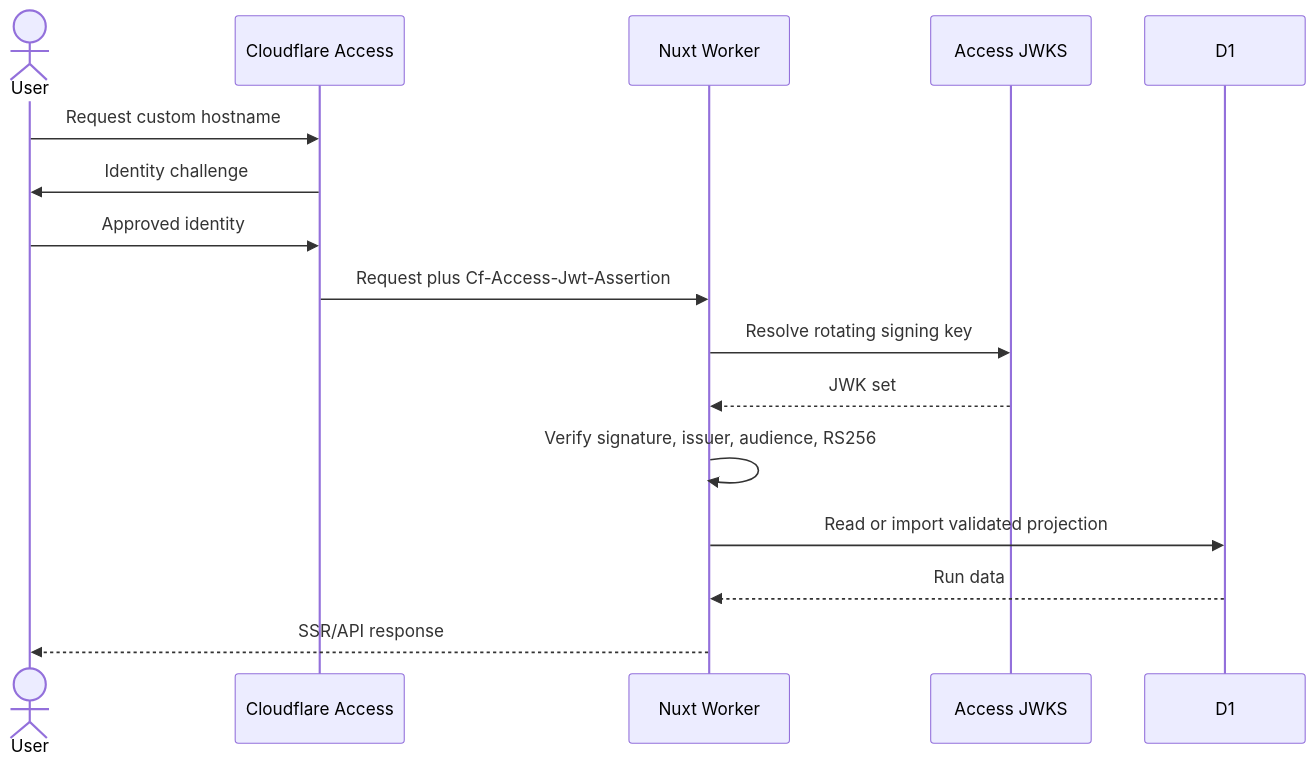
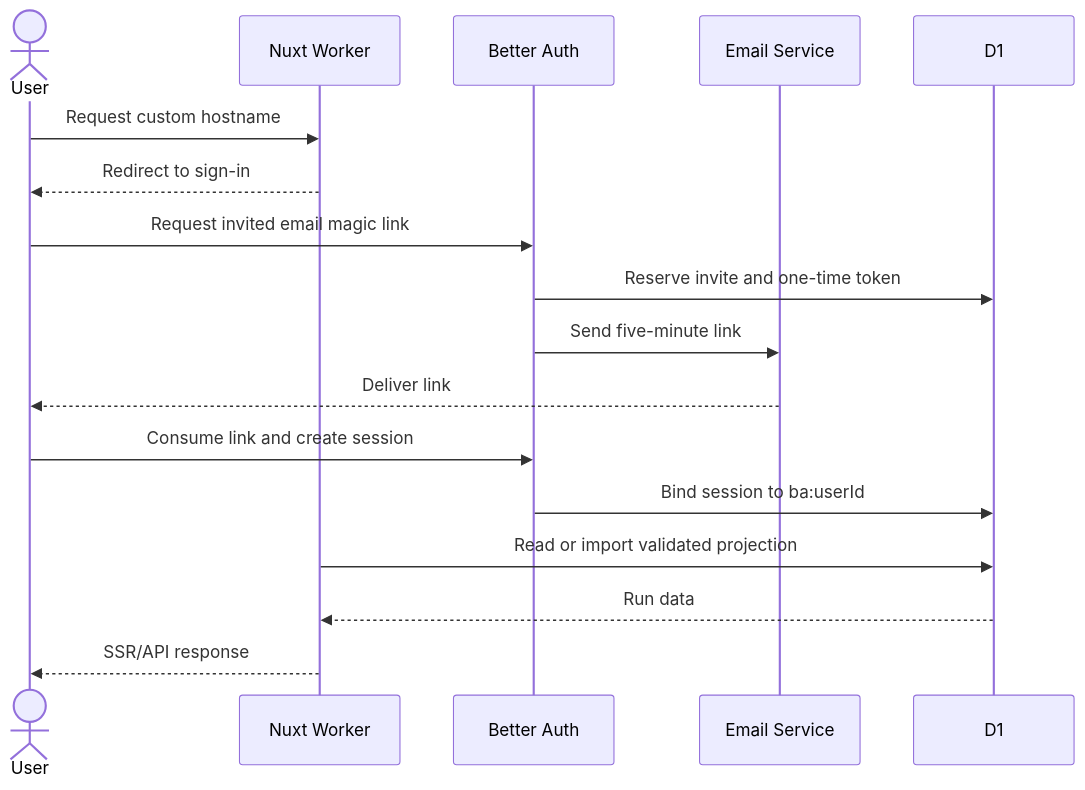
Before and after one commit to jchu96/frame-of-mind: the diagram in docs/CLOUDFLARE_DEPLOYMENT.md, drawn with Mermaid. The commit also changed other lines of this file and 15 other files, not shown here.

````diff
--- a/docs/CLOUDFLARE_DEPLOYMENT.md
+++ b/docs/CLOUDFLARE_DEPLOYMENT.md
@@ -227,19 +230,20 @@
 ```mermaid
 sequenceDiagram
     actor User
-    participant Access as Cloudflare Access
     participant Worker as Nuxt Worker
-    participant JWKS as Access JWKS
+    participant Auth as Better Auth
+    participant Email as Email Service
     participant D1
 
-    User->>Access: Request custom hostname
-    Access->>User: Identity challenge
-    User->>Access: Approved identity
-    Access->>Worker: Request plus Cf-Access-Jwt-Assertion
-    Worker->>JWKS: Resolve rotating signing key
-    JWKS-->>Worker: JWK set
-    Worker->>Worker: Verify signature, issuer, audience, RS256
+    User->>Worker: Request custom hostname
+    Worker-->>User: Redirect to sign-in
+    User->>Auth: Request invited email magic link
+    Auth->>D1: Reserve invite and one-time token
+    Auth->>Email: Send five-minute link
+    Email-->>User: Deliver link
+    User->>Auth: Consume link and create session
+    Auth->>D1: Bind session to ba:userId
     Worker->>D1: Read or import validated projection
     D1-->>Worker: Run data
     Worker-->>User: SSR/API response
 ```
````
